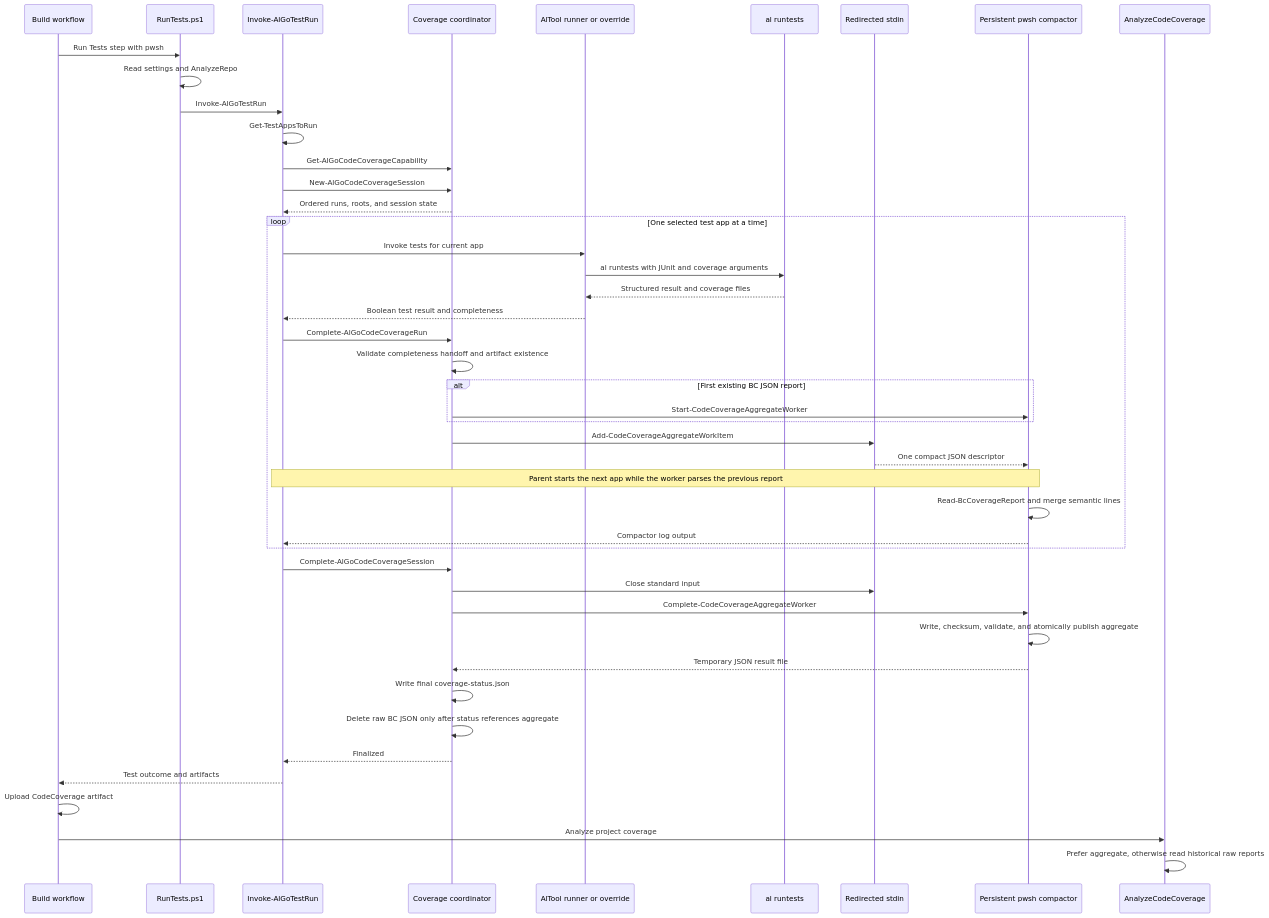
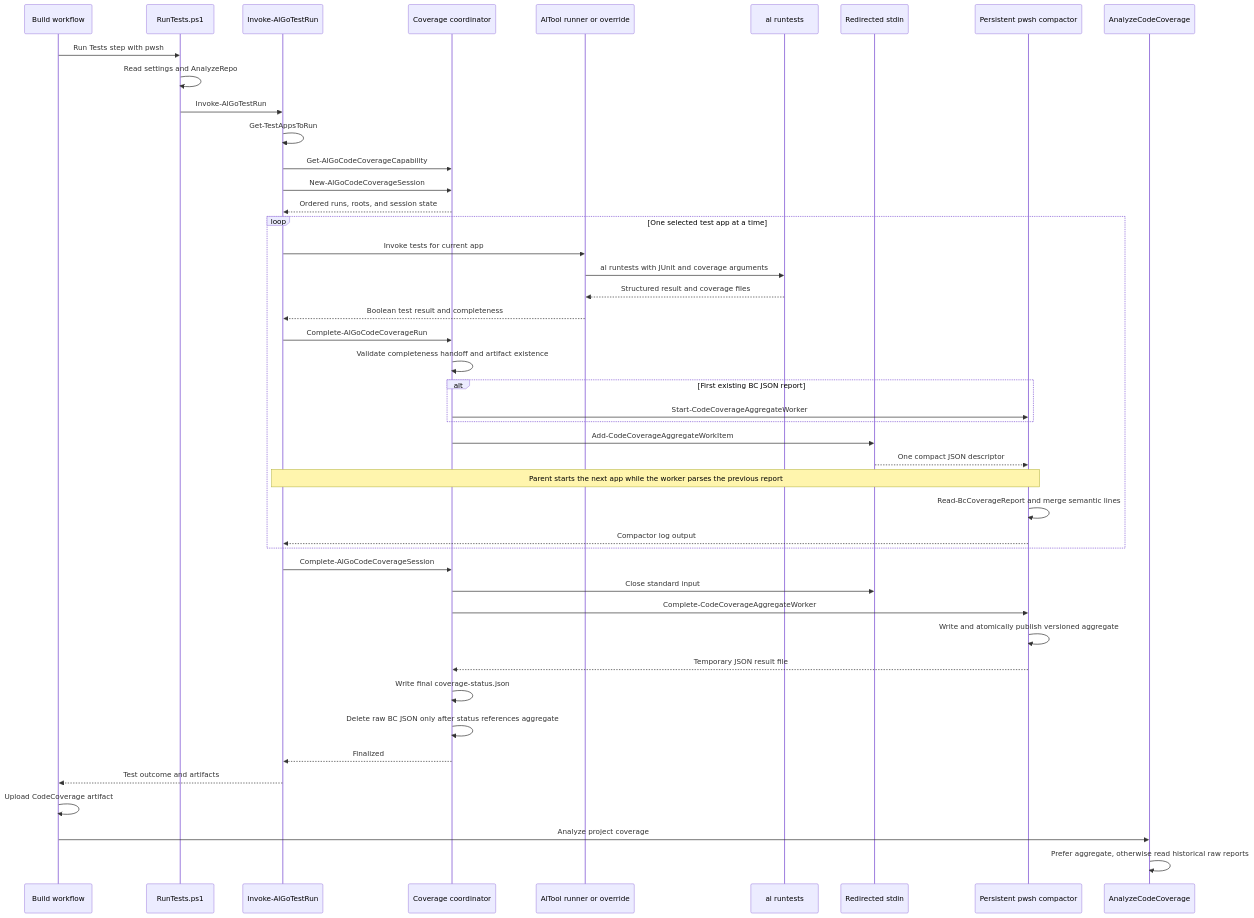
One commit to microsoft/AL-Go changed the second of 2 diagrams in Actions/RunTests/CodeCoverageArchitecture.md. Above: the diagram before and after it, drawn with Mermaid. The commit also changed other lines of this file and 10 other files, not shown here.

````diff
--- a/Actions/RunTests/CodeCoverageArchitecture.md
+++ b/Actions/RunTests/CodeCoverageArchitecture.md
@@ -61,50 +61,50 @@
 ```mermaid
 sequenceDiagram
     participant Workflow as Build workflow
     participant Entry as RunTests.ps1
     participant RunTests as Invoke-AlGoTestRun
     participant Coordinator as Coverage coordinator
     participant Runner as AlTool runner or override
     participant AlTool as al runtests
     participant Pipe as Redirected stdin
     participant Worker as Persistent pwsh compactor
     participant Analyzer as AnalyzeCodeCoverage
 
     Workflow->>Entry: Run Tests step with pwsh
     Entry->>Entry: Read settings and AnalyzeRepo
     Entry->>RunTests: Invoke-AlGoTestRun
     RunTests->>RunTests: Get-TestAppsToRun
     RunTests->>Coordinator: Get-AlGoCodeCoverageCapability
     RunTests->>Coordinator: New-AlGoCodeCoverageSession
     Coordinator-->>RunTests: Ordered runs, roots, and session state
 
     loop One selected test app at a time
         RunTests->>Runner: Invoke tests for current app
         Runner->>AlTool: al runtests with JUnit and coverage arguments
         AlTool-->>Runner: Structured result and coverage files
         Runner-->>RunTests: Boolean test result and completeness
         RunTests->>Coordinator: Complete-AlGoCodeCoverageRun
         Coordinator->>Coordinator: Validate completeness handoff and artifact existence
         alt First existing BC JSON report
             Coordinator->>Worker: Start-CodeCoverageAggregateWorker
         end
         Coordinator->>Pipe: Add-CodeCoverageAggregateWorkItem
         Pipe-->>Worker: One compact JSON descriptor
         Note over RunTests,Worker: Parent starts the next app while the worker parses the previous report
         Worker->>Worker: Read-BcCoverageReport and merge semantic lines
         Worker-->>RunTests: Compactor log output
     end
 
     RunTests->>Coordinator: Complete-AlGoCodeCoverageSession
     Coordinator->>Pipe: Close standard input
     Coordinator->>Worker: Complete-CodeCoverageAggregateWorker
-    Worker->>Worker: Write, checksum, validate, and atomically publish aggregate
+    Worker->>Worker: Write and atomically publish versioned aggregate
     Worker-->>Coordinator: Temporary JSON result file
     Coordinator->>Coordinator: Write final coverage-status.json
     Coordinator->>Coordinator: Delete raw BC JSON only after status references aggregate
     Coordinator-->>RunTests: Finalized
     RunTests-->>Workflow: Test outcome and artifacts
     Workflow->>Workflow: Upload CodeCoverage artifact
     Workflow->>Analyzer: Analyze project coverage
     Analyzer->>Analyzer: Prefer aggregate, otherwise read historical raw reports
 ```
````
